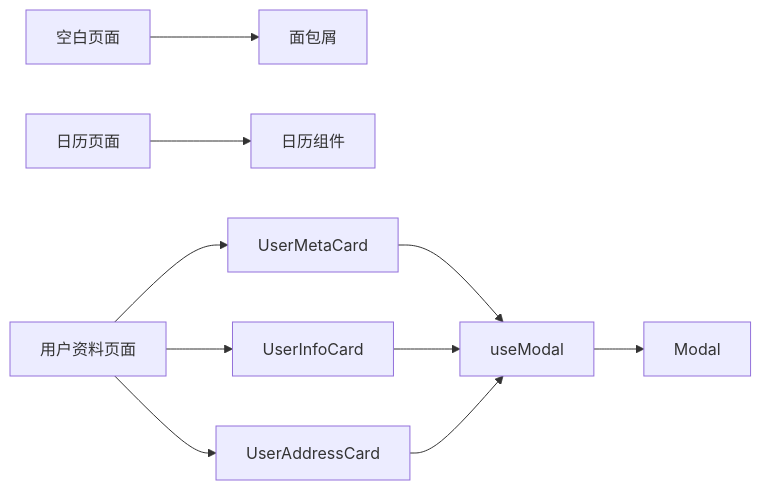
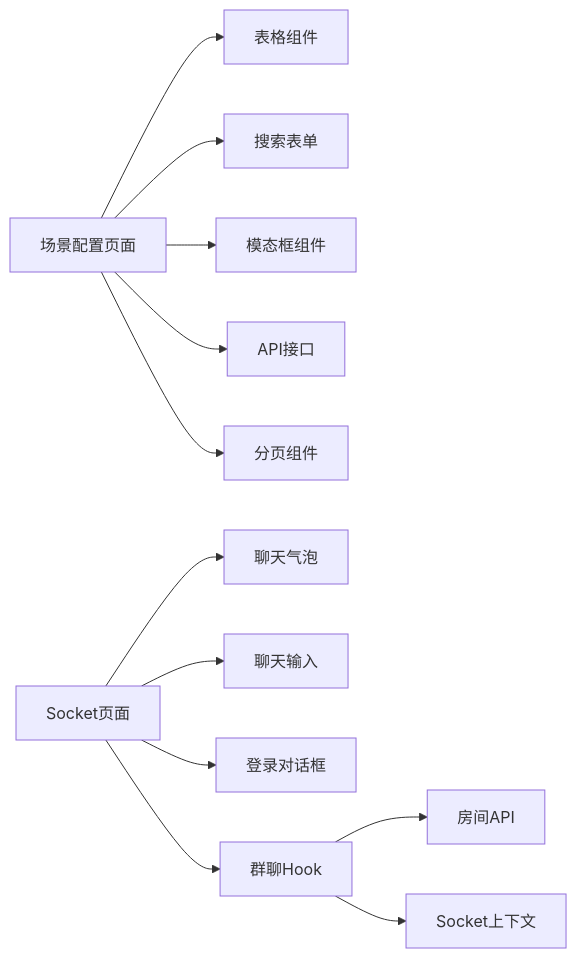
Before and after one commit to HAOFUYANG/nextjs-admin: the fourth of 4 diagrams in .qoder/repowiki/zh/content/页面路由系统/页面类型组织结构/特殊功能页面.md, drawn with Mermaid. The commit also changed other lines of this file and 36 other files, not shown here.

````diff
--- a/.qoder/repowiki/zh/content/页面路由系统/页面类型组织结构/特殊功能页面.md
+++ b/.qoder/repowiki/zh/content/页面路由系统/页面类型组织结构/特殊功能页面.md
@@ -302,12 +254,14 @@
 ```mermaid
 graph LR
-BP["空白页面"] --> BC["面包屑"]
-CP["日历页面"] --> CC["日历组件"]
-PP["用户资料页面"] --> UM["UserMetaCard"]
-PP --> UI["UserInfoCard"]
-PP --> UA["UserAddressCard"]
-UM --> MH["useModal"]
-UI --> MH
-UA --> MH
-MH --> MV["Modal"]
+SCP["场景配置页面"] --> ST["表格组件"]
+SCP --> SF["搜索表单"]
+SCP --> SM["模态框组件"]
+SCP --> API["API接口"]
+SCP --> TP["分页组件"]
+SCP2["Socket页面"] --> CB["聊天气泡"]
+SCP2 --> CI["聊天输入"]
+SCP2 --> LD["登录对话框"]
+SCP2 --> GC["群聊Hook"]
+GC --> RA["房间API"]
+GC --> SC["Socket上下文"]
 ```
````
